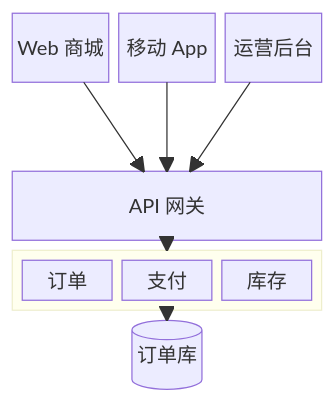
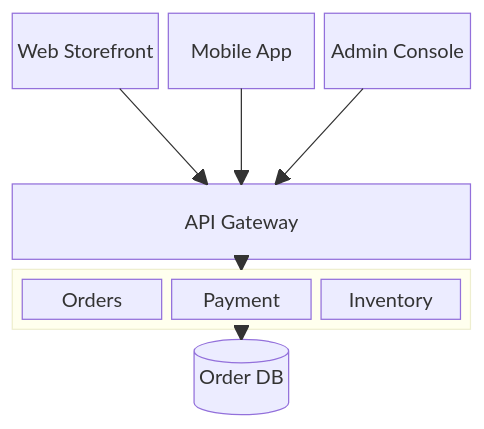
The diagram in diagrams/block.mmd (hanxiaomax/tweakpele), drawn with Mermaid before and after one commit. The commit also changed 46 other files, not shown here.

```diff
--- a/diagrams/block.mmd
+++ b/diagrams/block.mmd
@@ -1,15 +1,15 @@
 block
   columns 3
-  web["Web 商城"] mobile["移动 App"] admin["运营后台"]
+  web["Web Storefront"] mobile["Mobile App"] admin["Admin Console"]
   space:3
-  gw["API 网关"]:3
+  gw["API Gateway"]:3
   block:svc:3
     columns 3
-    order["订单"] pay["支付"] inv["库存"]
+    order["Orders"] pay["Payment"] inv["Inventory"]
   end
-  db[("订单库")]:3
+  db[("Order DB")]:3
   web --> gw
   mobile --> gw
   admin --> gw
   gw --> svc
   svc --> db
```
